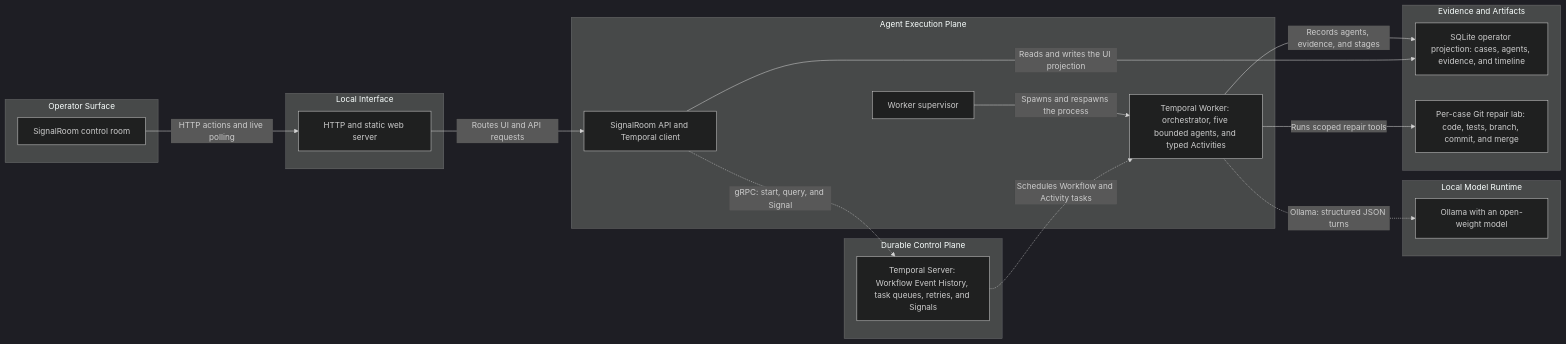
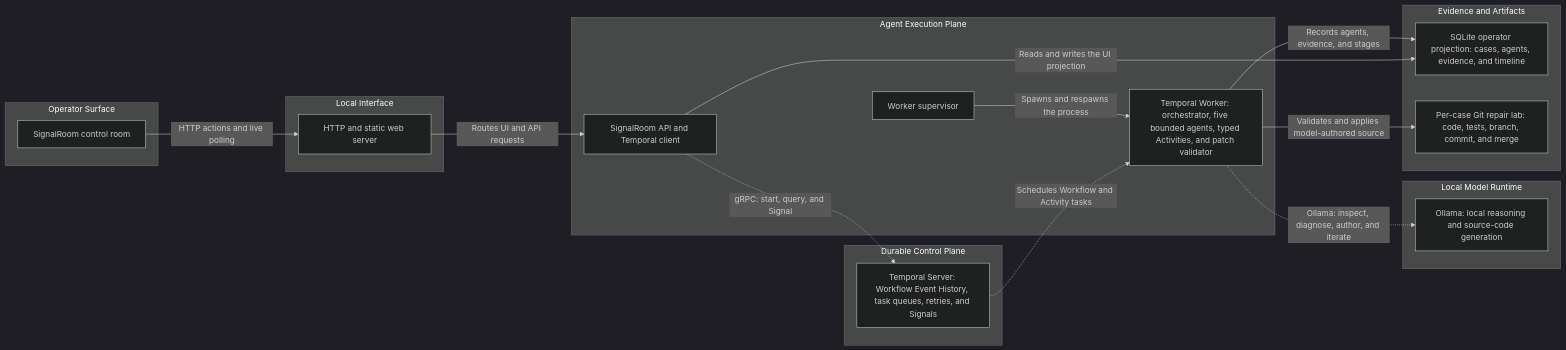
The diagram in docs/signalroom-architecture.mmd (musicalScorpio/signalroom), drawn with Mermaid (dark theme) before and after one commit. The commit also changed 8 other files, not shown here.

Commit message:
Make Ollama author and repair source code

```diff
--- a/docs/signalroom-architecture.mmd
+++ b/docs/signalroom-architecture.mmd
@@ -1,37 +1,37 @@
 flowchart LR
     subgraph client ["Operator Surface"]
         browser["SignalRoom control room"]
     end
 
     subgraph gateway ["Local Interface"]
         http["HTTP and static web server"]
     end
 
     subgraph service ["Agent Execution Plane"]
         api["SignalRoom API and Temporal client"]
         supervisor["Worker supervisor"]
-        worker["Temporal Worker: orchestrator, five bounded agents, and typed Activities"]
+        worker["Temporal Worker: orchestrator, five bounded agents, typed Activities, and patch validator"]
     end
 
     subgraph async ["Durable Control Plane"]
         temporal["Temporal Server: Workflow Event History, task queues, retries, and Signals"]
     end
 
     subgraph datastore ["Evidence and Artifacts"]
         sqlite["SQLite operator projection: cases, agents, evidence, and timeline"]
         gitlab["Per-case Git repair lab: code, tests, branch, commit, and merge"]
     end
 
     subgraph external ["Local Model Runtime"]
-        ollama["Ollama with an open-weight model"]
+        ollama["Ollama: local reasoning and source-code generation"]
     end
 
     browser -->|"HTTP actions and live polling"| http
     http -->|"Routes UI and API requests"| api
     api -.->|"gRPC: start, query, and Signal"| temporal
     temporal -.->|"Schedules Workflow and Activity tasks"| worker
     supervisor -->|"Spawns and respawns the process"| worker
     api -->|"Reads and writes the UI projection"| sqlite
     worker -->|"Records agents, evidence, and stages"| sqlite
-    worker -->|"Runs scoped repair tools"| gitlab
-    worker -.->|"Ollama: structured JSON turns"| ollama
+    worker -->|"Validates and applies model-authored source"| gitlab
+    worker -.->|"Ollama: inspect, diagnose, author, and iterate"| ollama
```
